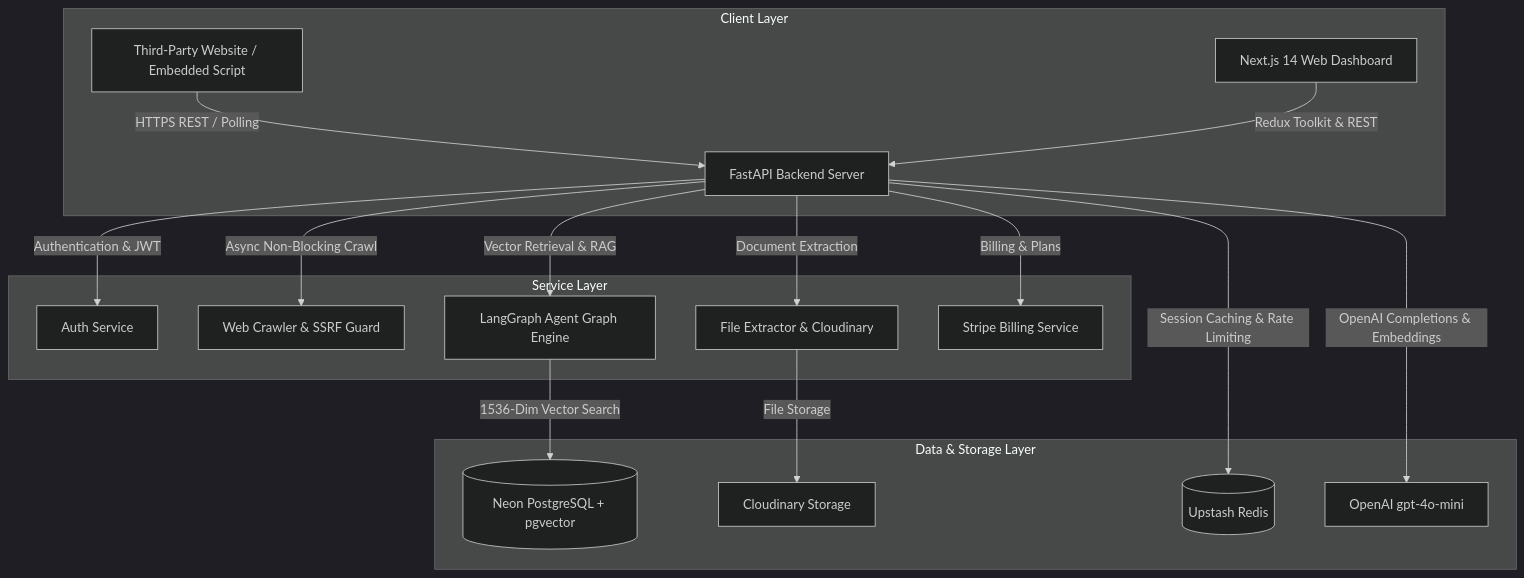
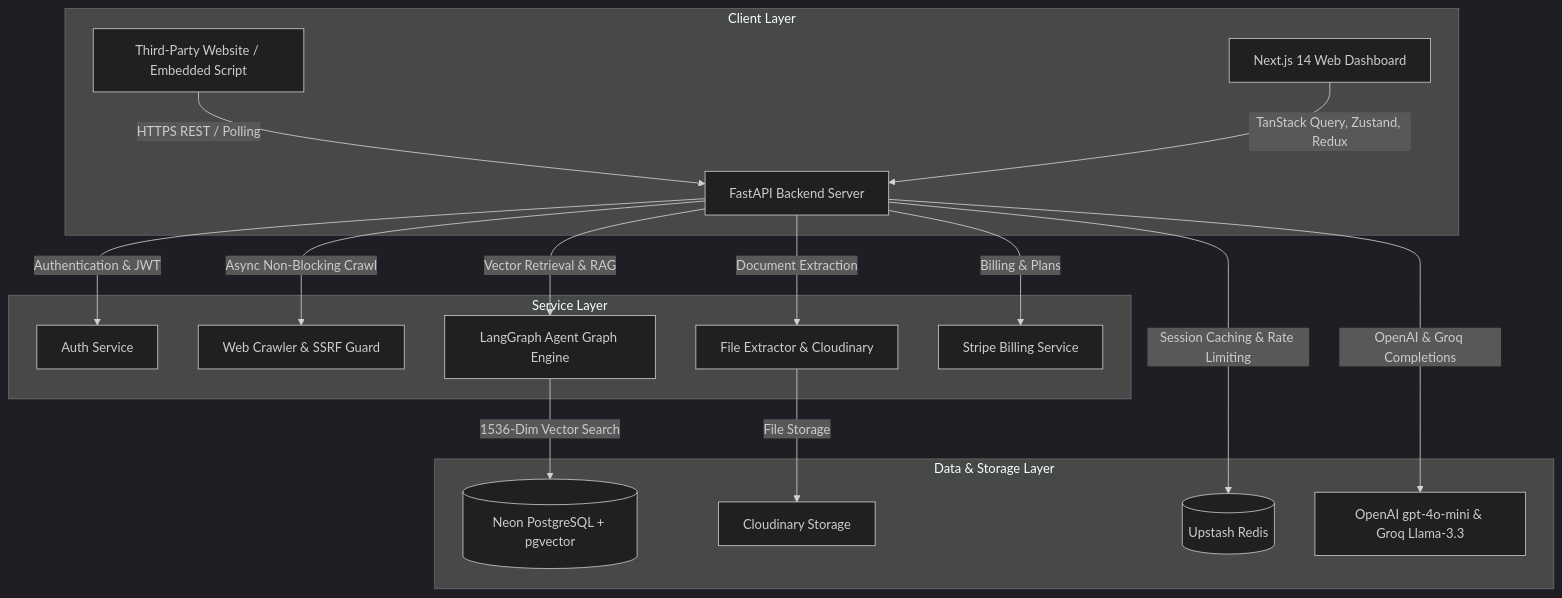
The first of 2 diagrams in PROJECT_STATUS.md (mohd-ashif/AI-Support-Platform), drawn with Mermaid (dark theme) before and after one commit. The commit also changed other lines of this file and 9 other files, not shown here.

Commit message:
feat: implement overview dashboard metrics, add legacy route redirects, and update system architecture documentation

````diff
--- a/PROJECT_STATUS.md
+++ b/PROJECT_STATUS.md
@@ -19,22 +95,22 @@
 ```mermaid
 graph TD
     subgraph Client Layer
         W[Third-Party Website / Embedded Script] -->|HTTPS REST / Polling| API
-        FE[Next.js 14 Web Dashboard] -->|Redux Toolkit & REST| API[FastAPI Backend Server]
+        FE[Next.js 14 Web Dashboard] -->|TanStack Query, Zustand, Redux| API[FastAPI Backend Server]
     end
 
     subgraph Service Layer
         API -->|Authentication & JWT| AUTH[Auth Service]
         API -->|Async Non-Blocking Crawl| CRAWL[Web Crawler & SSRF Guard]
         API -->|Document Extraction| DOC[File Extractor & Cloudinary]
         API -->|Vector Retrieval & RAG| RAG[LangGraph Agent Graph Engine]
         API -->|Billing & Plans| STRIPE[Stripe Billing Service]
     end
 
     subgraph Data & Storage Layer
         RAG -->|1536-Dim Vector Search| NEON[(Neon PostgreSQL + pgvector)]
         DOC -->|File Storage| CLOUD[Cloudinary Storage]
         API -->|Session Caching & Rate Limiting| UPSTASH[(Upstash Redis)]
-        API -->|OpenAI Completions & Embeddings| OA[OpenAI gpt-4o-mini]
+        API -->|OpenAI & Groq Completions| OA[OpenAI gpt-4o-mini & Groq Llama-3.3]
     end
 ```
````
